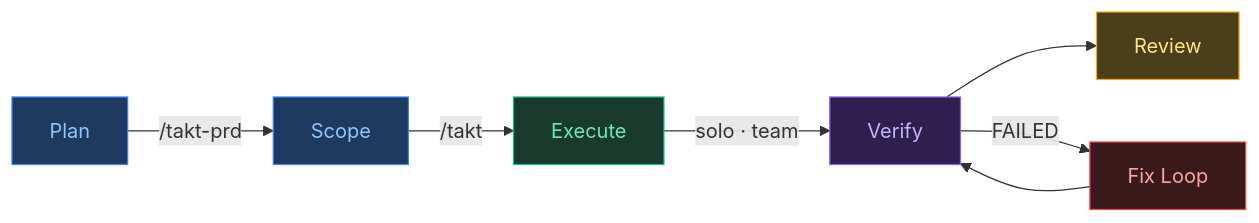
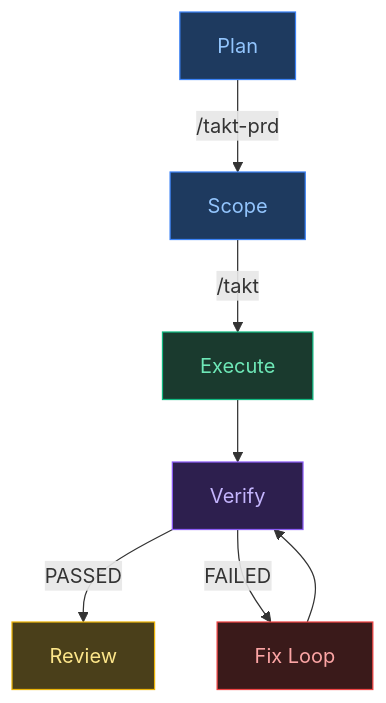
One commit to Sebstrdigital/takt changed the first of 4 diagrams in README.md. Above: the diagram before and after it, drawn with Mermaid. The commit also changed other lines of this file, not shown here.

First line of the commit message:
fix: mermaid diagrams — TD layout, remove self-loops and wide branches

````diff
--- a/README.md
+++ b/README.md
@@ -22,16 +22,16 @@
 ```mermaid
-graph LR
+graph TD
     A["Plan"] -- "/takt-prd" --> B["Scope"]
     B -- "/takt" --> C["Execute"]
-    C -- "solo · team" --> D["Verify"]
-    D --> E["Review"]
+    C --> D["Verify"]
+    D -- "PASSED" --> E["Review"]
     D -- "FAILED" --> F["Fix Loop"]
     F --> D
 
     style A fill:#1e3a5f,stroke:#3b82f6,color:#93c5fd
     style B fill:#1e3a5f,stroke:#3b82f6,color:#93c5fd
     style C fill:#1a3a2e,stroke:#10b981,color:#6ee7b7
     style D fill:#2d1f4e,stroke:#8b5cf6,color:#c4b5fd
     style E fill:#4a3f1a,stroke:#eab308,color:#fde68a
     style F fill:#3a1a1a,stroke:#ef4444,color:#fca5a5
 ```
````
